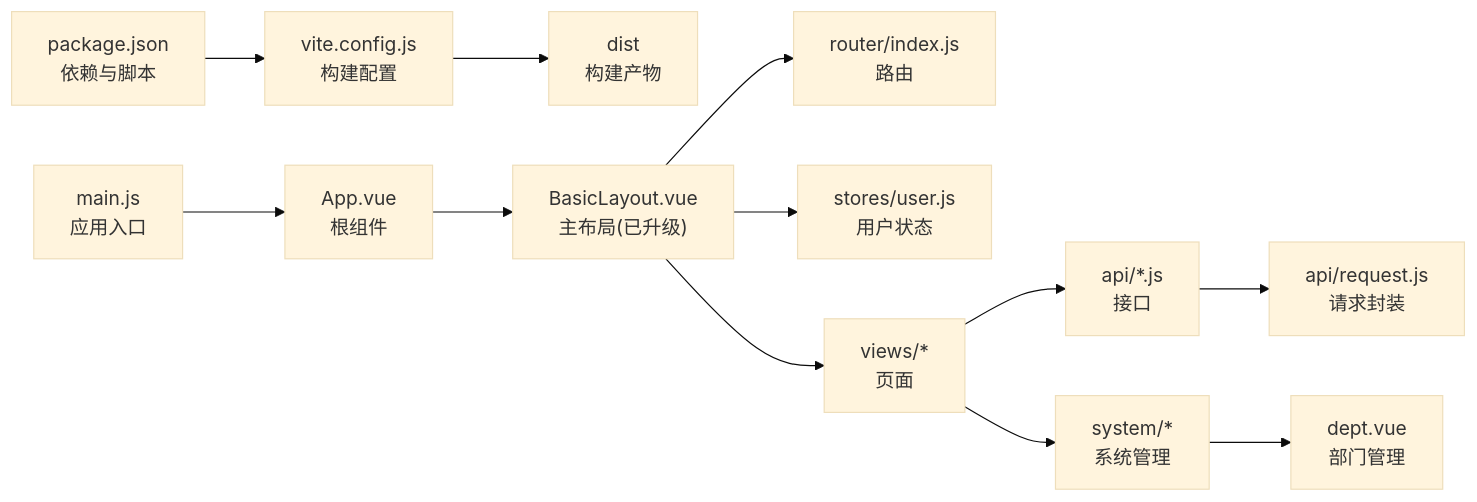
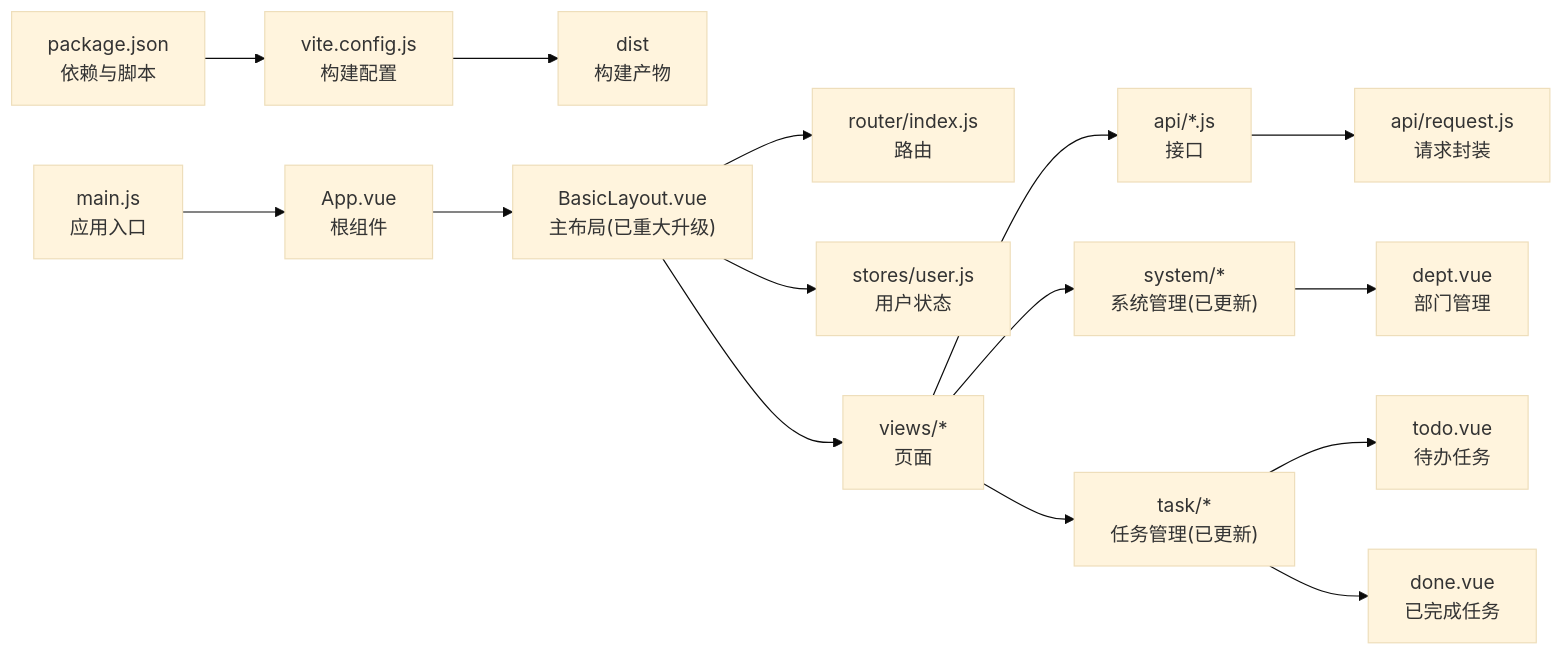
Before and after one commit to liming-lihaini/workflow: the seventh of 7 diagrams in .qoder/repowiki/zh/content/用户界面设计/管理后台架构.md, drawn with Mermaid (base theme). The commit also changed other lines of this file and 9 other files, not shown here.

````diff
--- a/.qoder/repowiki/zh/content/用户界面设计/管理后台架构.md
+++ b/.qoder/repowiki/zh/content/用户界面设计/管理后台架构.md
@@ -334,14 +337,17 @@
 ```mermaid
 graph LR
 P["package.json<br/>依赖与脚本"] --> V["vite.config.js<br/>构建配置"]
 V --> D["dist<br/>构建产物"]
 M["main.js<br/>应用入口"] --> A["App.vue<br/>根组件"]
-A --> L["BasicLayout.vue<br/>主布局(已升级)"]
+A --> L["BasicLayout.vue<br/>主布局(已重大升级)"]
 L --> R["router/index.js<br/>路由"]
 L --> S["stores/user.js<br/>用户状态"]
 L --> VIEWS["views/*<br/>页面"]
 VIEWS --> API["api/*.js<br/>接口"]
 API --> REQ["api/request.js<br/>请求封装"]
-VIEWS --> SYS["system/*<br/>系统管理"]
+VIEWS --> SYS["system/*<br/>系统管理(已更新)"]
 SYS --> DEPT["dept.vue<br/>部门管理"]
+VIEWS --> TASK["task/*<br/>任务管理(已更新)"]
+TASK --> TODO["todo.vue<br/>待办任务"]
+TASK --> DONE["done.vue<br/>已完成任务"]
 ```
````
